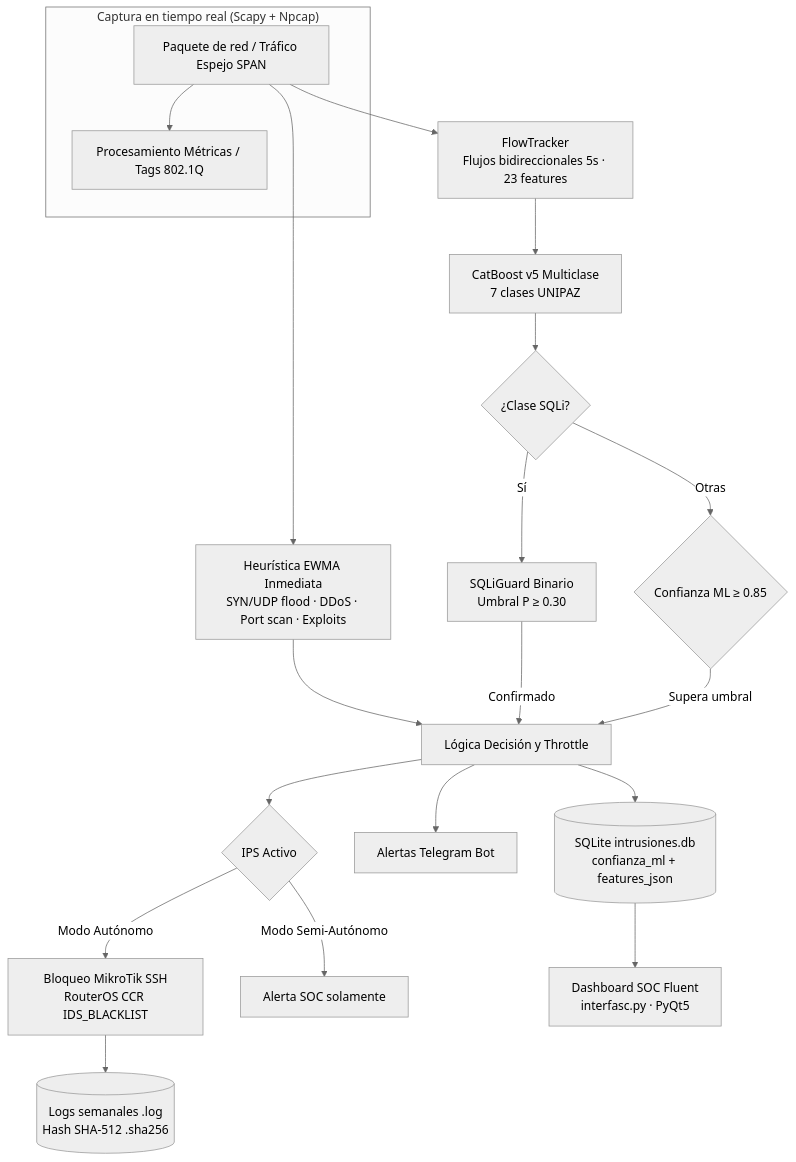
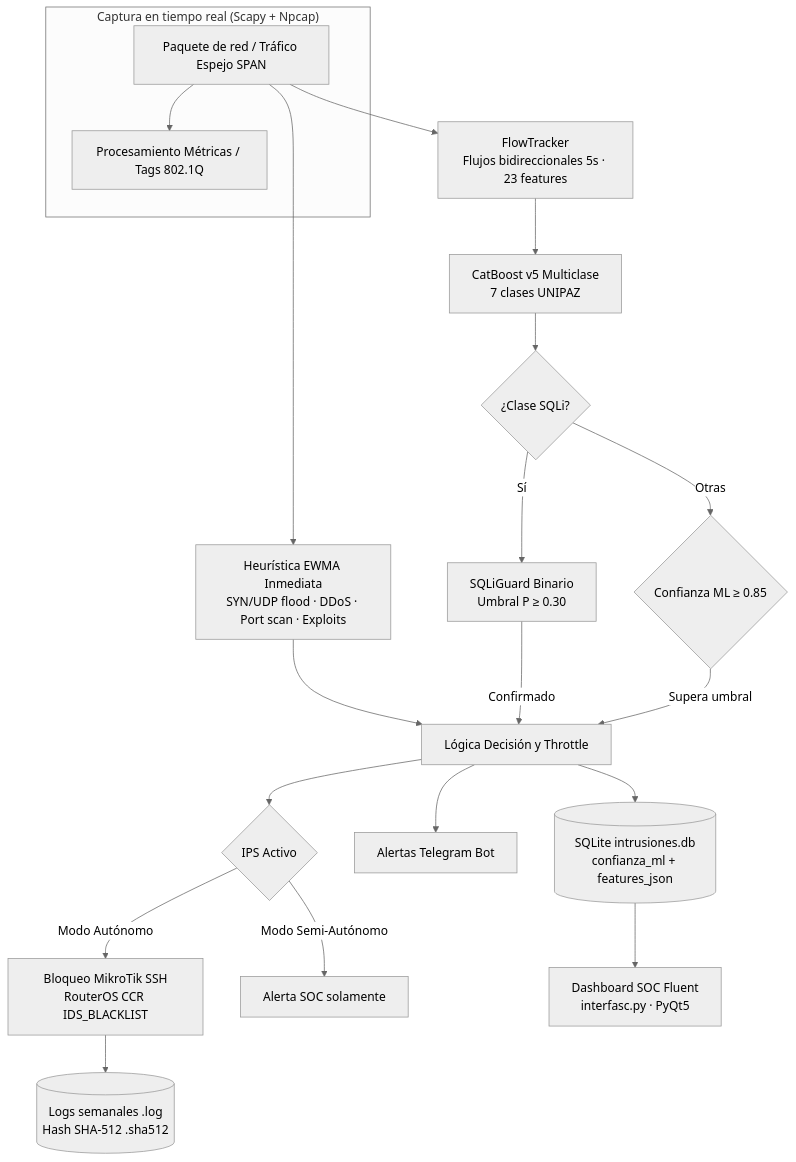
The diagram in docs/tesis/articulo_cientifico_metodologia_y_resultados.md (K-ev1004/Proyecto-IPS-IDS-ML), drawn with Mermaid (neutral theme) before and after one commit. The commit also changed other lines of this file and 32 other files, not shown here.

````diff
--- a/docs/tesis/articulo_cientifico_metodologia_y_resultados.md
+++ b/docs/tesis/articulo_cientifico_metodologia_y_resultados.md
@@ -102,26 +102,26 @@
 ```mermaid
 flowchart TD
     subgraph Captura["Captura en tiempo real (Scapy + Npcap)"]
         P[Paquete de red / Tráfico Espejo SPAN] --> M[Procesamiento Métricas / Tags 802.1Q]
     end
 
     P --> H[Heurística EWMA Inmediata<br/>SYN/UDP flood · DDoS · Port scan · Exploits]
     P --> F[FlowTracker<br/>Flujos bidireccionales 5s · 23 features]
 
     F --> V5[CatBoost v5 Multiclase<br/>7 clases UNIPAZ]
     V5 --> G{¿Clase SQLi?}
     G -->|Sí| SG[SQLiGuard Binario<br/>Umbral P ≥ 0.30]
     G -->|Otras| D{Confianza ML ≥ 0.85}
 
     H --> A[Lógica Decisión y Throttle]
     SG -->|Confirmado| A
     D -->|Supera umbral| A
 
     A --> DB[(SQLite intrusiones.db<br/>confianza_ml + features_json)]
     A --> TG[Alertas Telegram Bot]
     A --> IPS{IPS Activo}
     IPS -->|Modo Autónomo| MK[Bloqueo MikroTik SSH<br/>RouterOS CCR IDS_BLACKLIST]
     IPS -->|Modo Semi-Autónomo| AL[Alerta SOC solamente]
-    MK --> LG[(Logs semanales .log<br/>Hash SHA-512 .sha256)]
+    MK --> LG[(Logs semanales .log<br/>Hash SHA-512 .sha512)]
     DB --> GUI[Dashboard SOC Fluent<br/>interfasc.py · PyQt5]
 ```
````
